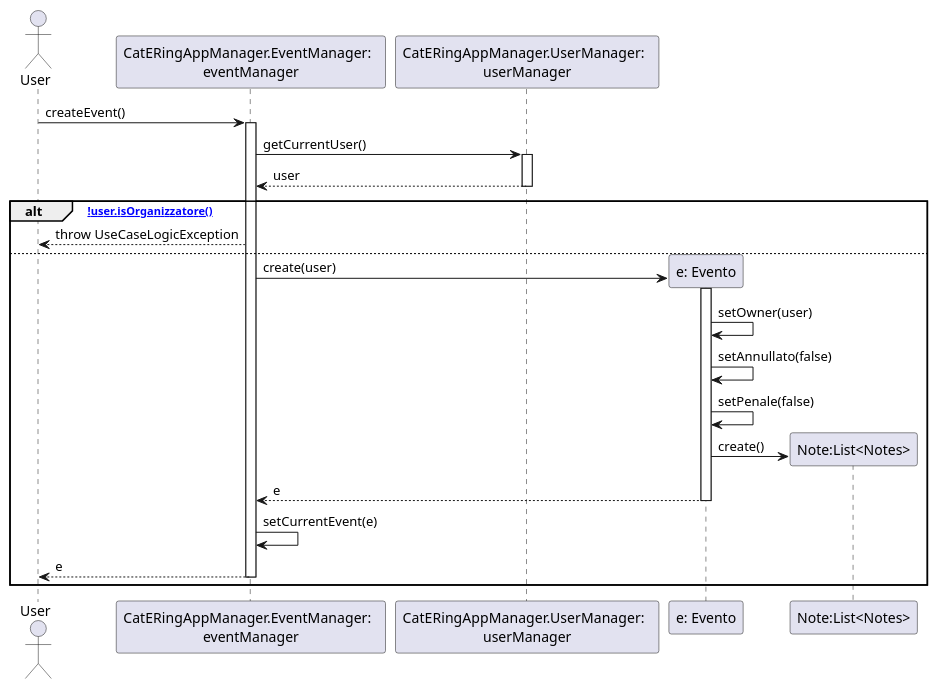
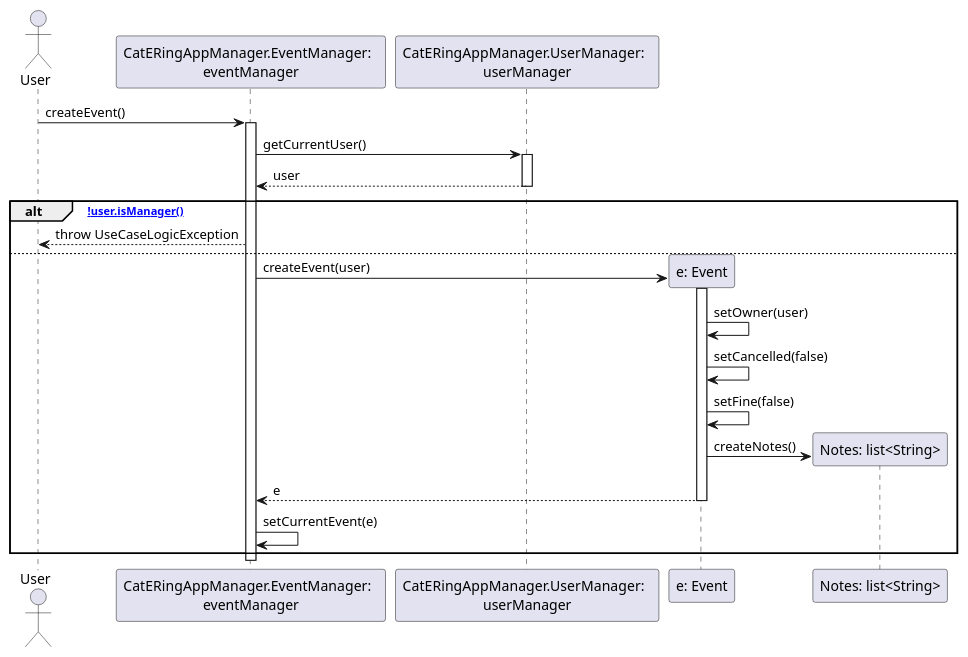
Before and after one commit to m0canu1/sas: the diagram in dsd/dsd-eventi/scenarioPrincipale/1-createEvent.md, drawn with PlantUML. The commit also changed 6 other files, not shown here.

````diff
--- a/dsd/dsd-eventi/scenarioPrincipale/1-createEvent.md
+++ b/dsd/dsd-eventi/scenarioPrincipale/1-createEvent.md
@@ -1,41 +1,40 @@
 ```plantuml
 
 Actor User
 Participant "CatERingAppManager.EventManager:  \neventManager" as EM
 Participant "CatERingAppManager.UserManager:  \nuserManager" as UM
 
 User -> EM : createEvent()
 Activate EM
 
 EM -> UM: getCurrentUser()
 Activate UM
 
 UM --> EM: user
 Deactivate UM
 
-alt [!user.isOrganizzatore()]
+alt [!user.isManager()]
     EM --> User : throw UseCaseLogicException
 else
-    create "e: Evento"
-    EM -> "e: Evento": create(user)
-    Activate "e: Evento"
-    "e: Evento" -> "e: Evento": setOwner(user)
-    "e: Evento" -> "e: Evento": setAnnullato(false)
-    "e: Evento" -> "e: Evento": setPenale(false)
-    create "Note:List<Notes>"
-    "e: Evento" -> "Note:List<Notes>": create()
-    "e: Evento" --> EM : e
-    Deactivate "e: Evento"
+    create "e: Event"
+    EM -> "e: Event": createEvent(user)
+    Activate "e: Event"
+        "e: Event" -> "e: Event": setOwner(user)
+        "e: Event" -> "e: Event": setCancelled(false)
+        "e: Event" -> "e: Event": setFine(false)
+        create "Notes: list<String>"
+        "e: Event" -> "Notes: list<String>": createNotes()
+    "e: Event" --> EM : e
+    Deactivate "e: Event"
     EM -> EM : setCurrentEvent(e)
-    EM --> User: e
+end
 Deactivate EM
-end
 
 
 
 
 
 
 
 
 ```
````
